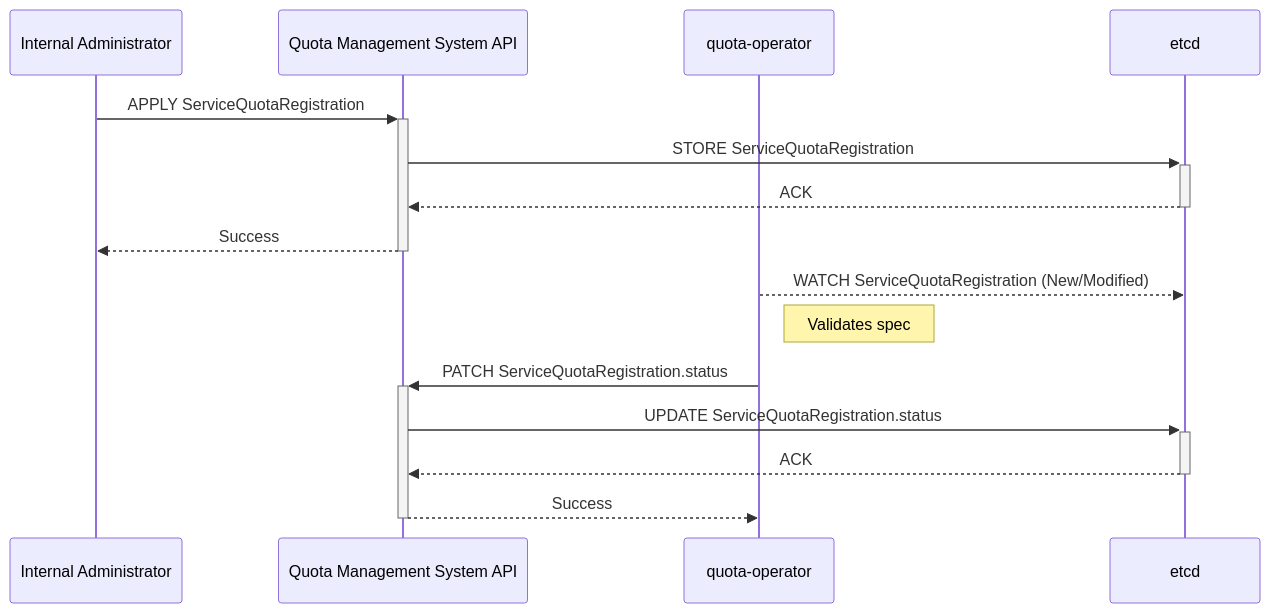
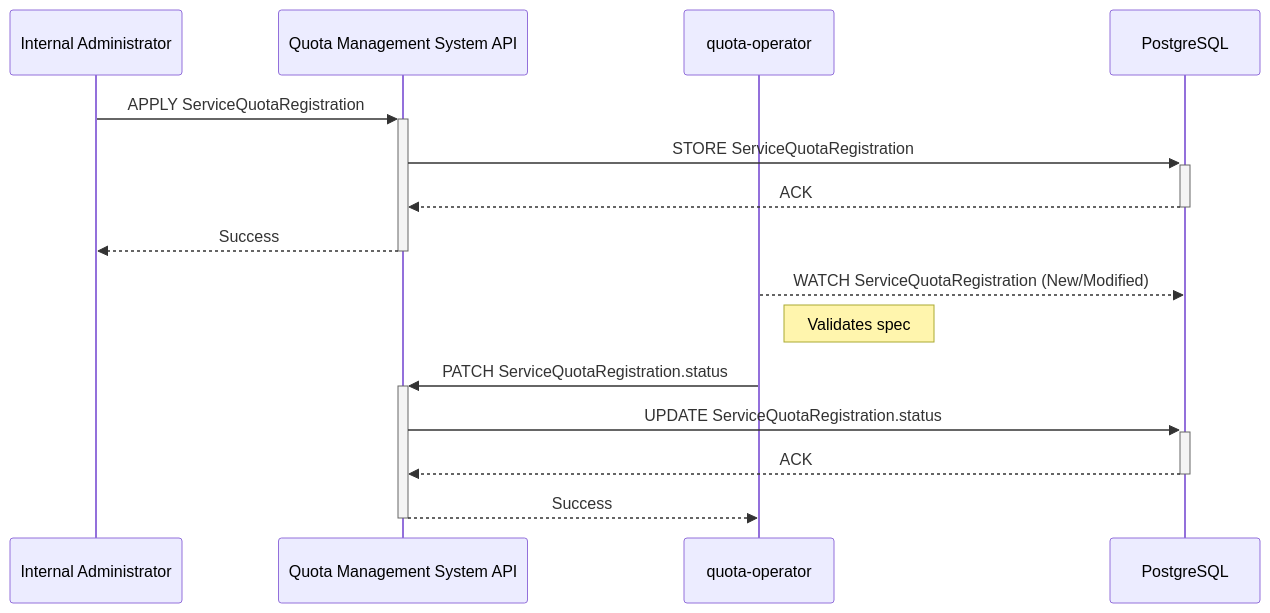
The third of 6 diagrams in enhancements/platform/quota-management/README.md (datum-cloud/enhancements), drawn with Mermaid before and after one commit. The commit also changed other lines of this file, not shown here.

Commit message:
enh(quota): addresses various key feedback

````diff
--- a/enhancements/platform/quota-management/README.md
+++ b/enhancements/platform/quota-management/README.md
@@ -1292,20 +1319,20 @@
 ```mermaid
 %% Sequence Diagram - Prerequisite 1: Service Quota Definition Registration
 sequenceDiagram
     participant Admin as Internal Administrator
     participant QuotaAPI as Quota Management System API
     participant QuotaOperator as quota-operator
-    participant Etcd as etcd
+    participant DB as PostgreSQL
 
     Admin->>+QuotaAPI: APPLY ServiceQuotaRegistration
-    QuotaAPI->>+Etcd: STORE ServiceQuotaRegistration
-    Etcd-->>-QuotaAPI: ACK
+    QuotaAPI->>+DB: STORE ServiceQuotaRegistration
+    DB-->>-QuotaAPI: ACK
     QuotaAPI-->>-Admin: Success
 
-    QuotaOperator-->>Etcd: WATCH ServiceQuotaRegistration (New/Modified)
+    QuotaOperator-->>DB: WATCH ServiceQuotaRegistration (New/Modified)
     note right of QuotaOperator: Validates spec
     QuotaOperator->>+QuotaAPI: PATCH ServiceQuotaRegistration.status
-    QuotaAPI->>+Etcd: UPDATE ServiceQuotaRegistration.status
-    Etcd-->>-QuotaAPI: ACK
+    QuotaAPI->>+DB: UPDATE ServiceQuotaRegistration.status
+    DB-->>-QuotaAPI: ACK
     QuotaAPI-->>-QuotaOperator: Success
 ```
````
